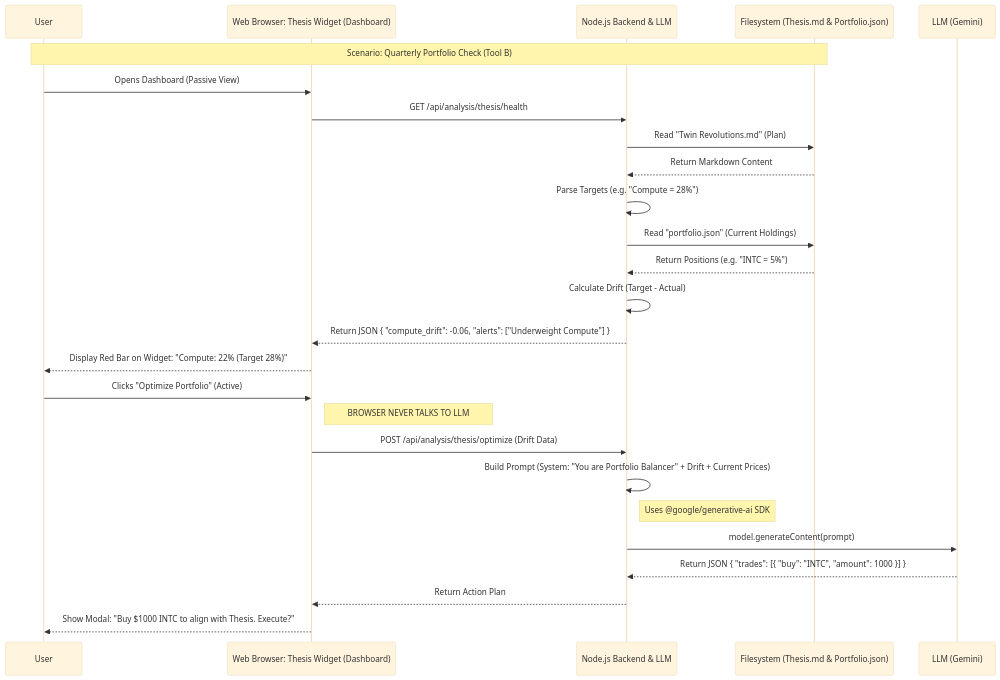
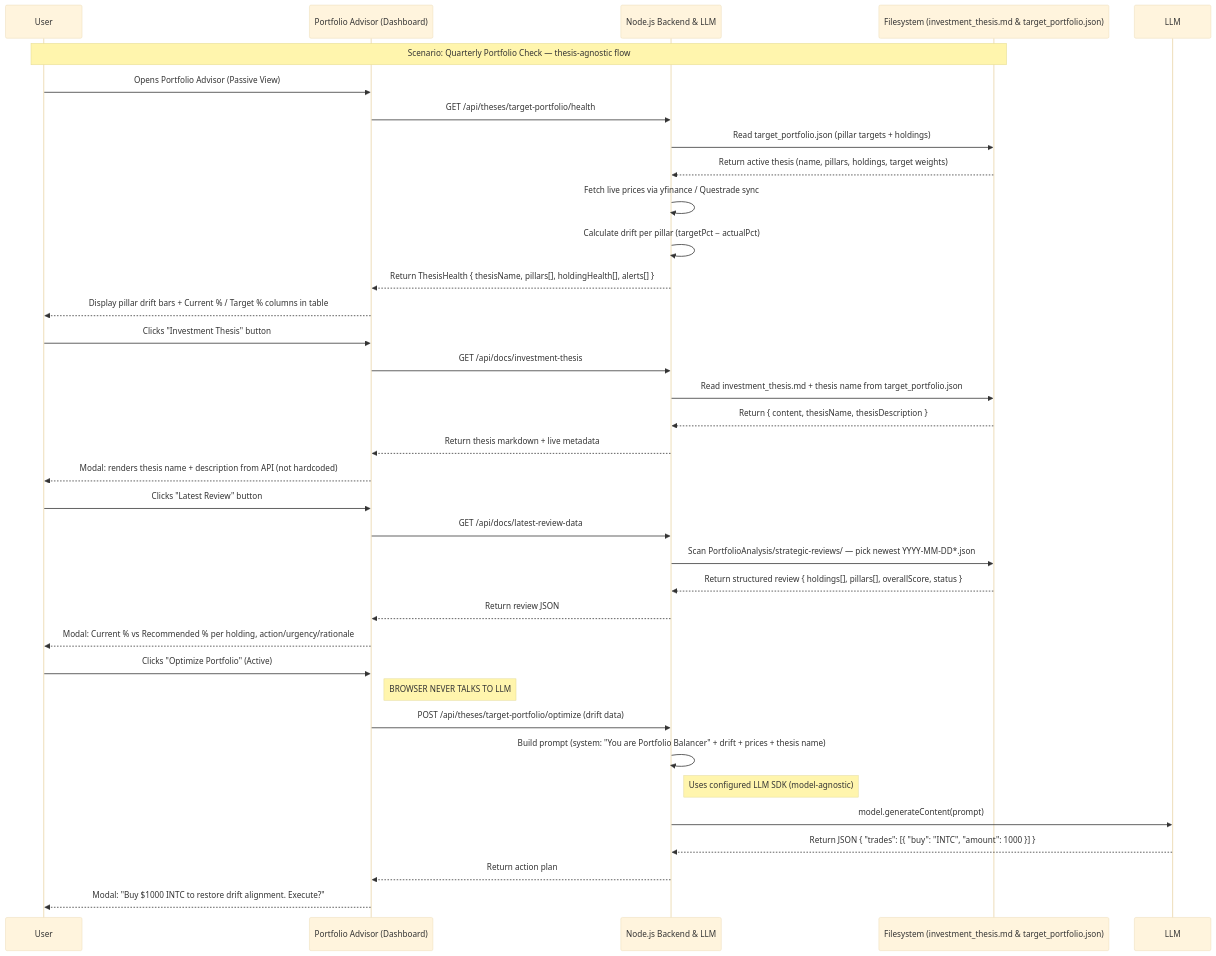
One commit to richfrem/InvestmentToolkit changed the diagram in docs/architecture/thesis-alignment-and-portfolio-valuation/thesis_alignment_sequence.mmd. Above: the diagram before and after it, drawn with Mermaid (base theme). The commit also changed 89 other files, not shown here.

Commit message:
updating detailed analysis to json files and adding portfolio advisor screen

```diff
--- a/docs/architecture/thesis-alignment-and-portfolio-valuation/thesis_alignment_sequence.mmd
+++ b/docs/architecture/thesis-alignment-and-portfolio-valuation/thesis_alignment_sequence.mmd
@@ -1,36 +1,46 @@
  sequenceDiagram
     participant User as User
-    participant Browser as Web Browser: Thesis Widget (Dashboard)
+    participant Browser as Portfolio Advisor (Dashboard)
     participant Backend as Node.js Backend & LLM
-    participant Files as Filesystem (Thesis.md & Portfolio.json)
+    participant Files as Filesystem (investment_thesis.md & target_portfolio.json)
 
-    Note over User, Files: Scenario: Quarterly Portfolio Check (Tool B)
+    Note over User, Files: Scenario: Quarterly Portfolio Check — thesis-agnostic flow
 
-    User->>Browser: Opens Dashboard (Passive View)
-    Browser->>Backend: GET /api/analysis/thesis/health
-    
-    Backend->>Files: Read "Twin Revolutions.md" (Plan)
-    Files-->>Backend: Return Markdown Content
-    Backend->>Backend: Parse Targets (e.g. "Compute = 28%")
-    
-    Backend->>Files: Read "portfolio.json" (Current Holdings)
-    Files-->>Backend: Return Positions (e.g. "INTC = 5%")
-    
-    Backend->>Backend: Calculate Drift (Target - Actual)
-    Backend-->>Browser: Return JSON { "compute_drift": -0.06, "alerts": ["Underweight Compute"] }
+    User->>Browser: Opens Portfolio Advisor (Passive View)
+    Browser->>Backend: GET /api/theses/target-portfolio/health
 
-    Browser-->>User: Display Red Bar on Widget: "Compute: 22% (Target 28%)"
+    Backend->>Files: Read target_portfolio.json (pillar targets + holdings)
+    Files-->>Backend: Return active thesis (name, pillars, holdings, target weights)
+    Backend->>Backend: Fetch live prices via yfinance / Questrade sync
+    Backend->>Backend: Calculate drift per pillar (targetPct − actualPct)
+    Backend-->>Browser: Return ThesisHealth { thesisName, pillars[], holdingHealth[], alerts[] }
+
+    Browser-->>User: Display pillar drift bars + Current % / Target % columns in table
+
+    User->>Browser: Clicks "Investment Thesis" button
+    Browser->>Backend: GET /api/docs/investment-thesis
+    Backend->>Files: Read investment_thesis.md + thesis name from target_portfolio.json
+    Files-->>Backend: Return { content, thesisName, thesisDescription }
+    Backend-->>Browser: Return thesis markdown + live metadata
+    Browser-->>User: Modal: renders thesis name + description from API (not hardcoded)
+
+    User->>Browser: Clicks "Latest Review" button
+    Browser->>Backend: GET /api/docs/latest-review-data
+    Backend->>Files: Scan PortfolioAnalysis/strategic-reviews/ — pick newest YYYY-MM-DD*.json
+    Files-->>Backend: Return structured review { holdings[], pillars[], overallScore, status }
+    Backend-->>Browser: Return review JSON
+    Browser-->>User: Modal: Current % vs Recommended % per holding, action/urgency/rationale
 
     User->>Browser: Clicks "Optimize Portfolio" (Active)
-    
+
     Note right of Browser: BROWSER NEVER TALKS TO LLM
-    Browser->>Backend: POST /api/analysis/thesis/optimize (Drift Data)
-    
-    Backend->>Backend: Build Prompt (System: "You are Portfolio Balancer" + Drift + Current Prices)
-    
-    Note right of Backend: Uses @google/generative-ai SDK
-    Backend->>LLM (Gemini): model.generateContent(prompt)
-    LLM (Gemini)-->>Backend: Return JSON { "trades": [{ "buy": "INTC", "amount": 1000 }] }
-    
-    Backend-->>Browser: Return Action Plan
-    Browser-->>User: Show Modal: "Buy $1000 INTC to align with Thesis. Execute?"
+    Browser->>Backend: POST /api/theses/target-portfolio/optimize (drift data)
+
+    Backend->>Backend: Build prompt (system: "You are Portfolio Balancer" + drift + prices + thesis name)
+
+    Note right of Backend: Uses configured LLM SDK (model-agnostic)
+    Backend->>LLM: model.generateContent(prompt)
+    LLM-->>Backend: Return JSON { "trades": [{ "buy": "INTC", "amount": 1000 }] }
+
+    Backend-->>Browser: Return action plan
+    Browser-->>User: Modal: "Buy $1000 INTC to restore drift alignment. Execute?"
```
